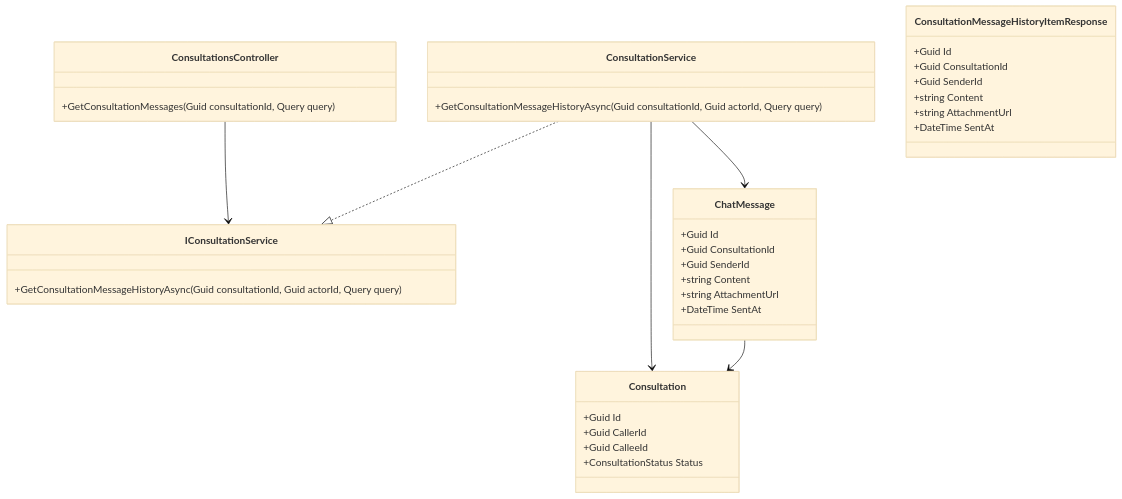
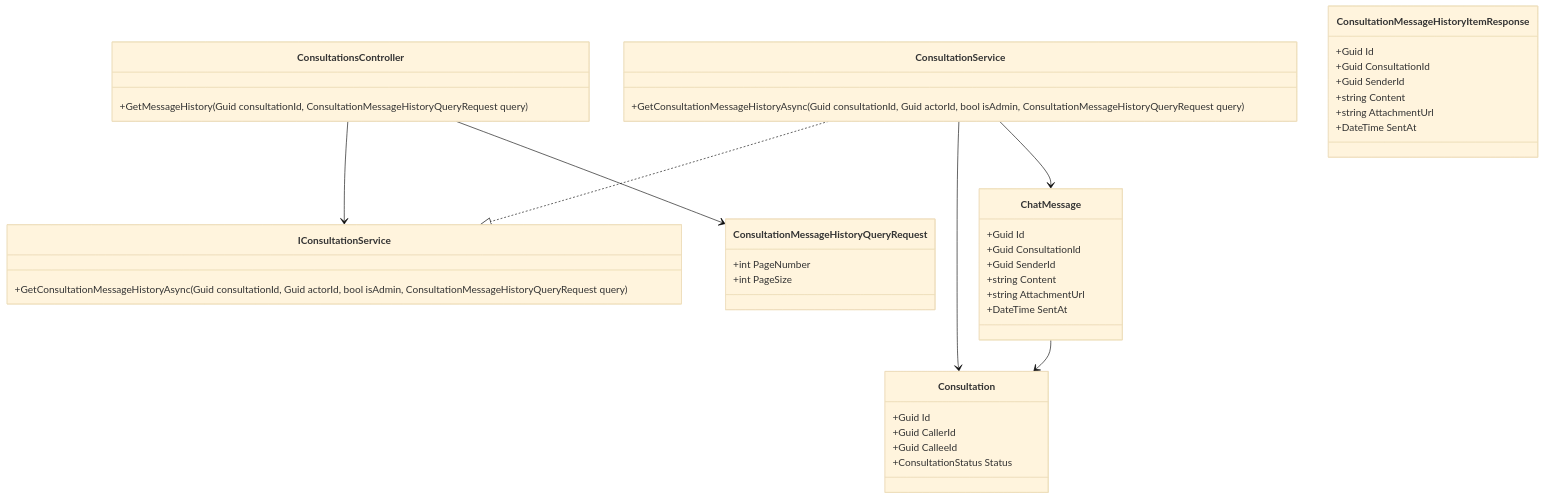
Before and after one commit to Snake-AID/SnakeAid.Docs: the first of 3 diagrams in Docs/05-Backend/02-layers/consultation-message-history/consultation-message-history.sourcecode.md, drawn with Mermaid (base theme). The commit also changed other lines of this file and 3 other files, not shown here.

Commit message:
docs(consultation-message-history): update documentation to reflect implementation status and access control for message history API

````diff
--- a/Docs/05-Backend/02-layers/consultation-message-history/consultation-message-history.sourcecode.md
+++ b/Docs/05-Backend/02-layers/consultation-message-history/consultation-message-history.sourcecode.md
@@ -106,45 +108,51 @@
 ```mermaid
 classDiagram
     class ConsultationsController {
-        +GetConsultationMessages(Guid consultationId, Query query)
+        +GetMessageHistory(Guid consultationId, ConsultationMessageHistoryQueryRequest query)
     }
 
     class IConsultationService {
-        +GetConsultationMessageHistoryAsync(Guid consultationId, Guid actorId, Query query)
+        +GetConsultationMessageHistoryAsync(Guid consultationId, Guid actorId, bool isAdmin, ConsultationMessageHistoryQueryRequest query)
     }
 
     class ConsultationService {
-        +GetConsultationMessageHistoryAsync(Guid consultationId, Guid actorId, Query query)
+        +GetConsultationMessageHistoryAsync(Guid consultationId, Guid actorId, bool isAdmin, ConsultationMessageHistoryQueryRequest query)
     }
 
     class Consultation {
         +Guid Id
         +Guid CallerId
         +Guid CalleeId
         +ConsultationStatus Status
     }
 
     class ChatMessage {
         +Guid Id
         +Guid ConsultationId
         +Guid SenderId
         +string Content
         +string AttachmentUrl
         +DateTime SentAt
     }
 
     class ConsultationMessageHistoryItemResponse {
         +Guid Id
         +Guid ConsultationId
         +Guid SenderId
         +string Content
         +string AttachmentUrl
         +DateTime SentAt
     }
 
+    class ConsultationMessageHistoryQueryRequest {
+        +int PageNumber
+        +int PageSize
+    }
+
     ConsultationsController --> IConsultationService
     ConsultationService ..|> IConsultationService
     ConsultationService --> Consultation
     ConsultationService --> ChatMessage
     ChatMessage --> Consultation
+    ConsultationsController --> ConsultationMessageHistoryQueryRequest
 ```
````
